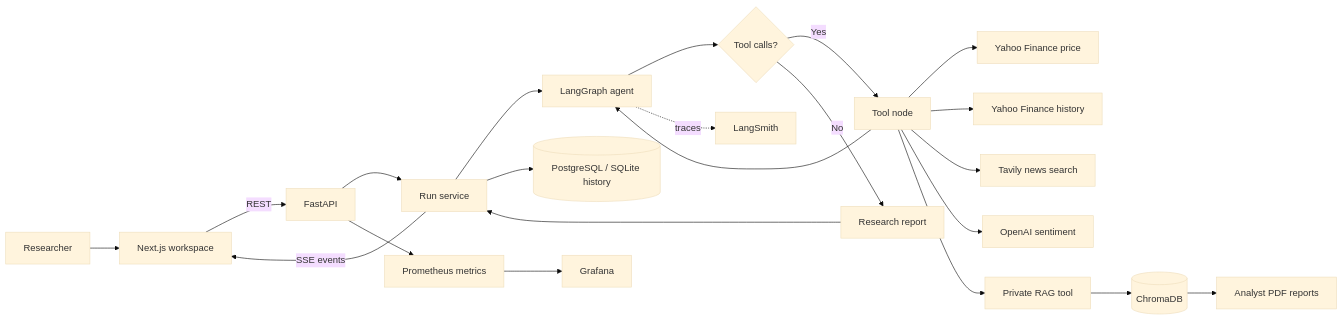
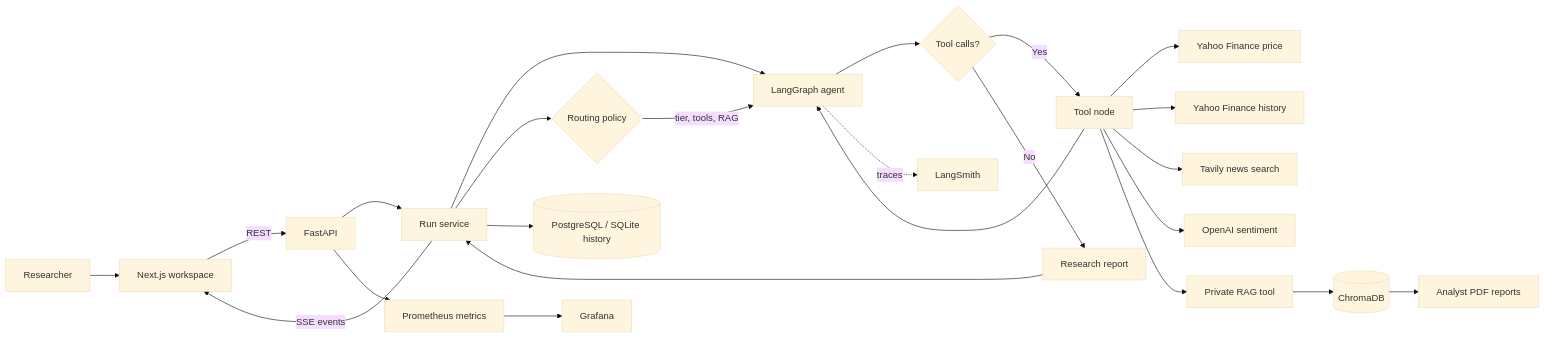
The first of 2 diagrams in README.md (sebtosca/AI-Financial-Research-Agent), drawn with Mermaid (base theme) before and after one commit. The commit also changed other lines of this file and 5 other files, not shown here.

````diff
--- a/README.md
+++ b/README.md
@@ -94,24 +94,26 @@
 ```mermaid
 flowchart LR
     U[Researcher] --> UI[Next.js workspace]
     UI -->|REST| API[FastAPI]
     API --> RUN[Run service]
     RUN --> AGENT[LangGraph agent]
+    RUN --> POLICY{Routing policy}
+    POLICY -->|tier, tools, RAG| AGENT
     AGENT --> ROUTER{Tool calls?}
     ROUTER -->|Yes| TOOLS[Tool node]
     TOOLS --> PRICE[Yahoo Finance price]
     TOOLS --> HISTORY[Yahoo Finance history]
     TOOLS --> NEWS[Tavily news search]
     TOOLS --> SENTIMENT[OpenAI sentiment]
     TOOLS --> RAG[Private RAG tool]
     RAG --> CHROMA[(ChromaDB)]
     CHROMA --> PDF[Analyst PDF reports]
     TOOLS --> AGENT
     ROUTER -->|No| REPORT[Research report]
     REPORT --> RUN
     RUN -->|SSE events| UI
     RUN --> STORE[(PostgreSQL / SQLite history)]
     API --> METRICS[Prometheus metrics]
     METRICS --> GRAFANA[Grafana]
     AGENT -. traces .-> LANGSMITH[LangSmith]
 ```
````
